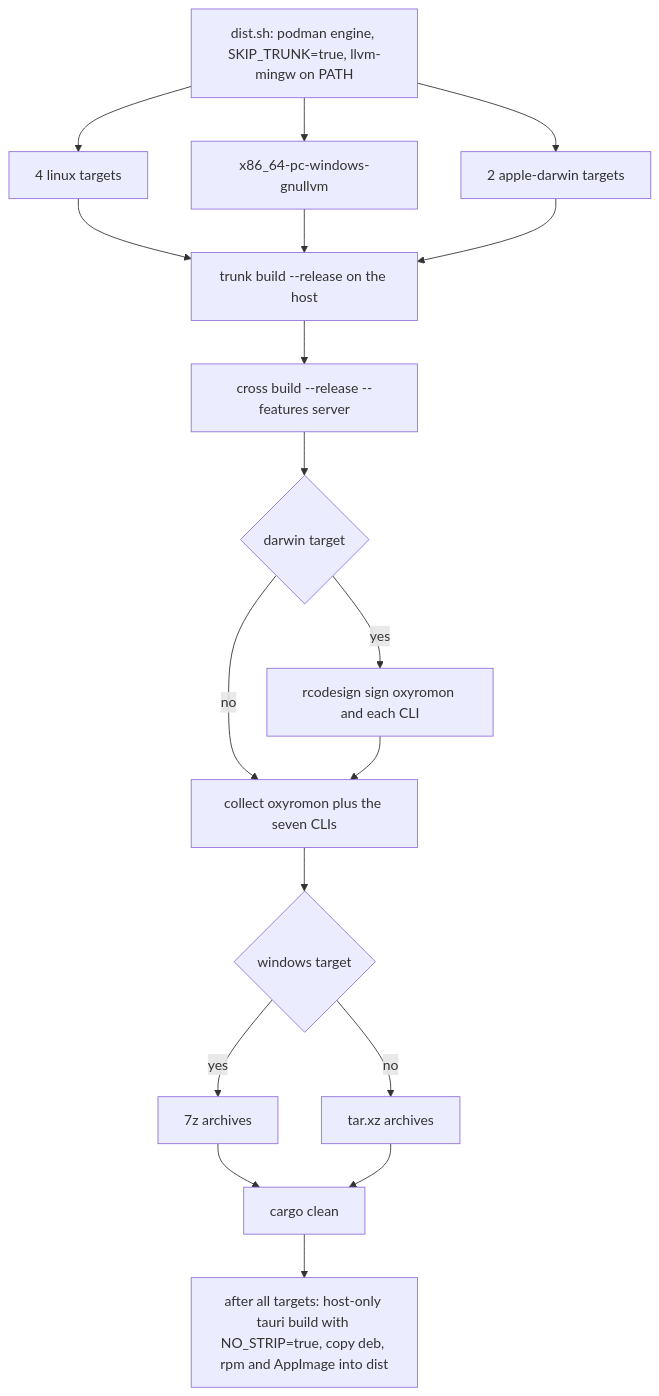
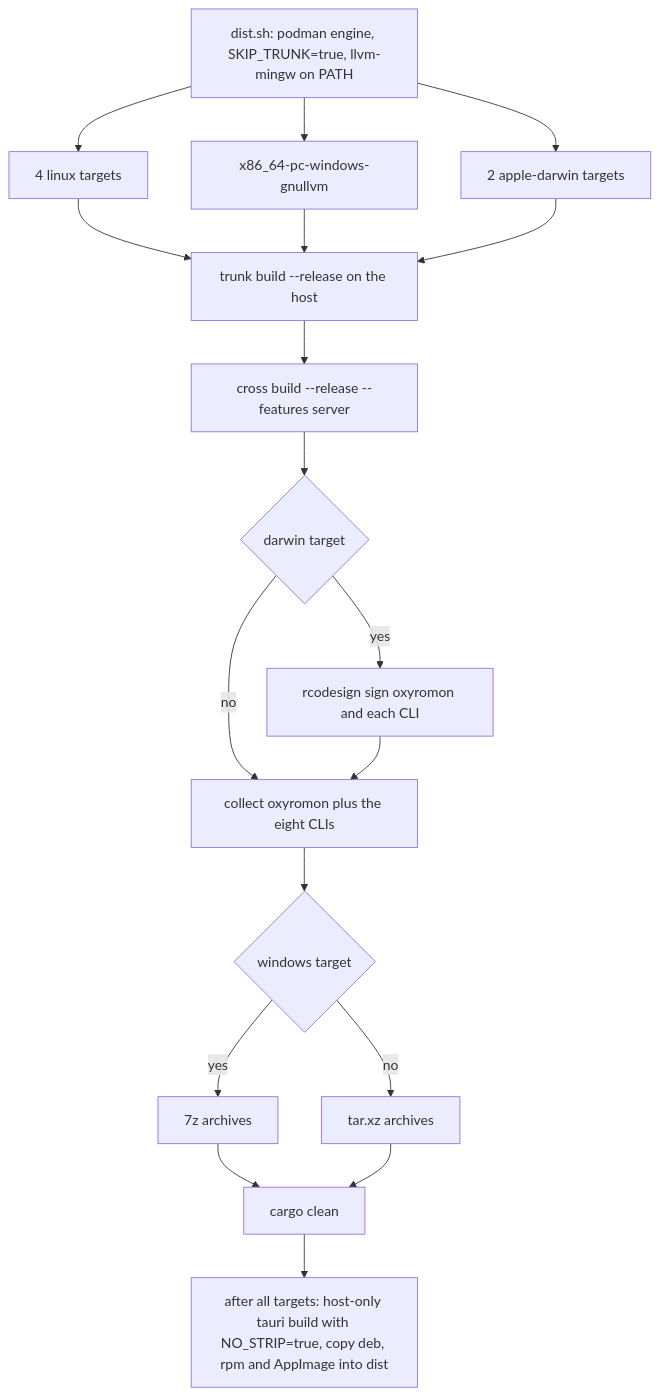
Before and after one commit to alucryd/oxyromon: the first of 2 diagrams in openwiki/operations/build-and-release.md, drawn with Mermaid. The commit also changed other lines of this file and 166 other files, not shown here.

````diff
--- a/openwiki/operations/build-and-release.md
+++ b/openwiki/operations/build-and-release.md
@@ -135,20 +137,20 @@
 ```mermaid
 flowchart TD
   ENV["dist.sh: podman engine, SKIP_TRUNK=true, llvm-mingw on PATH"] --> LIN["4 linux targets"]
   ENV --> WIN["x86_64-pc-windows-gnullvm"]
   ENV --> MAC["2 apple-darwin targets"]
   LIN --> T1["trunk build --release on the host"]
   WIN --> T1
   MAC --> T1
   T1 --> C1["cross build --release --features server"]
   C1 --> ISMAC{"darwin target"}
   ISMAC -->|"yes"| SIGN["rcodesign sign oxyromon and each CLI"]
-  ISMAC -->|"no"| PACK["collect oxyromon plus the seven CLIs"]
+  ISMAC -->|"no"| PACK["collect oxyromon plus the eight CLIs"]
   SIGN --> PACK
   PACK --> ISWIN{"windows target"}
   ISWIN -->|"yes"| Z["7z archives"]
   ISWIN -->|"no"| X["tar.xz archives"]
   Z --> CLEAN["cargo clean"]
   X --> CLEAN
   CLEAN --> DESK["after all targets: host-only tauri build with NO_STRIP=true, copy deb, rpm and AppImage into dist"]
 ```
````
